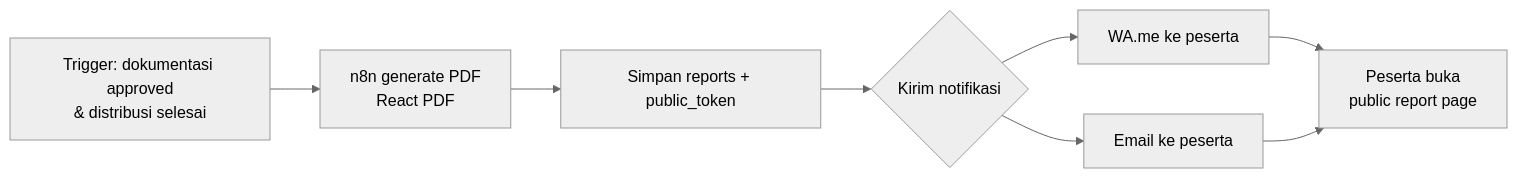
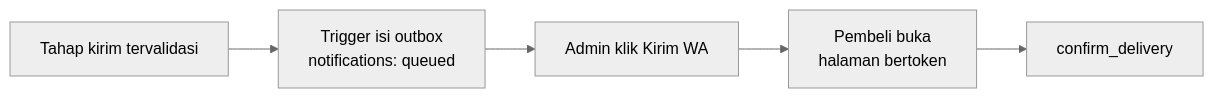
The fourth of 5 diagrams in docs/08_WORKFLOW_MAP.md (aiagent-zs/suksesaqiqah1), drawn with Mermaid (neutral theme) before and after one commit. The commit also changed other lines of this file and 5 other files, not shown here.

````diff
--- a/docs/08_WORKFLOW_MAP.md
+++ b/docs/08_WORKFLOW_MAP.md
@@ -90,10 +123,7 @@
 ```mermaid
 flowchart LR
-    T[Trigger: dokumentasi approved\n& distribusi selesai] --> G[n8n generate PDF\nReact PDF]
-    G --> SV[Simpan reports + public_token]
-    SV --> N{Kirim notifikasi}
-    N --> WA[WA.me ke peserta]
-    N --> EM[Email ke peserta]
-    WA --> PUB[Peserta buka\npublic report page]
-    EM --> PUB
+    T[Tahap kirim tervalidasi] --> O[Trigger isi outbox\nnotifications: queued]
+    O --> M[Admin klik Kirim WA]
+    M --> PUB[Pembeli buka\nhalaman bertoken]
+    PUB --> C[confirm_delivery]
 ```
````
